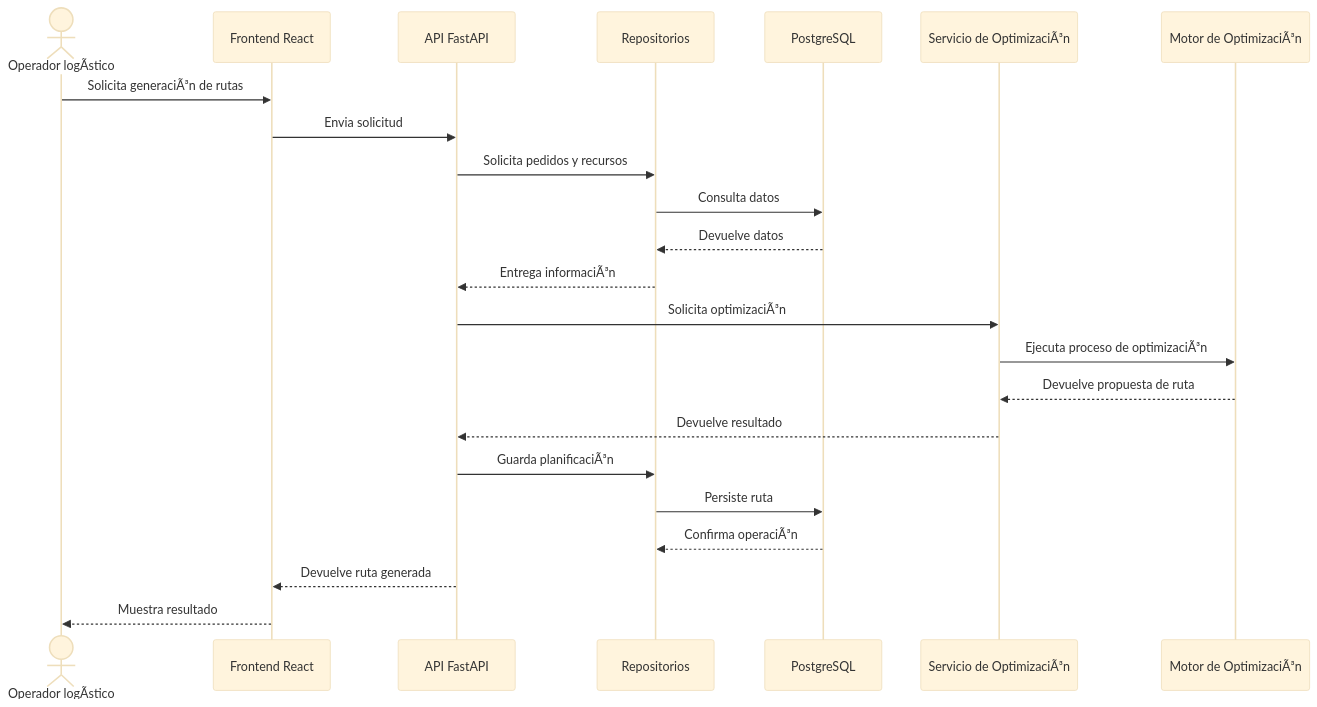
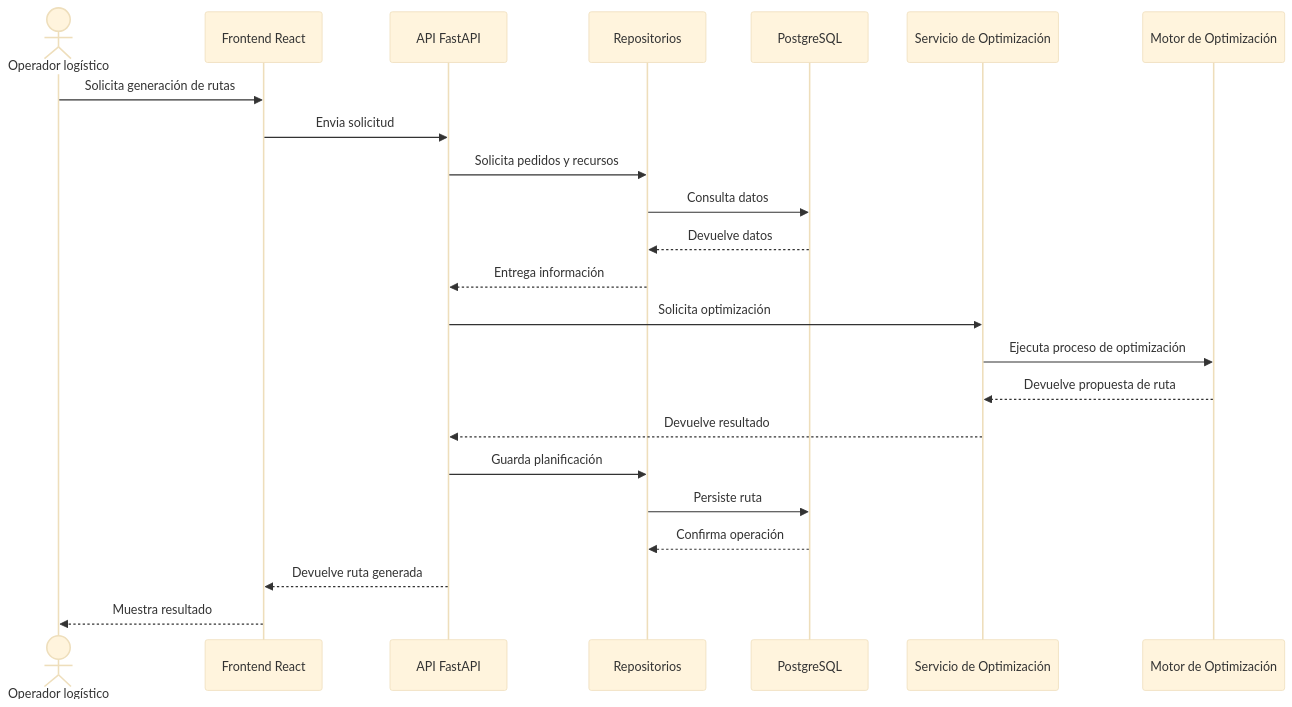
One commit to LeeoGold/EcoLogistics changed the fourth of 5 diagrams in docs/01 Inicio/12. Modelo C4 V_1_1_0.md. Above: the diagram before and after it, drawn with Mermaid (base theme). The commit also changed other lines of this file and 12 other files, not shown here.

````diff
--- a/docs/01 Inicio/12. Modelo C4 V_1_1_0.md
+++ b/docs/01 Inicio/12. Modelo C4 V_1_1_0.md
@@ -320,26 +320,26 @@
 ```mermaid
 sequenceDiagram
-    actor O as Operador logÃ­stico
+    actor O as Operador logístico
     participant W as Frontend React
     participant A as API FastAPI
     participant R as Repositorios
     participant D as PostgreSQL
-    participant S as Servicio de OptimizaciÃ³n
-    participant M as Motor de OptimizaciÃ³n
+    participant S as Servicio de Optimización
+    participant M as Motor de Optimización
 
-    O->>W: Solicita generaciÃ³n de rutas
+    O->>W: Solicita generación de rutas
     W->>A: Envia solicitud
     A->>R: Solicita pedidos y recursos
     R->>D: Consulta datos
     D-->>R: Devuelve datos
-    R-->>A: Entrega informaciÃ³n
-    A->>S: Solicita optimizaciÃ³n
-    S->>M: Ejecuta proceso de optimizaciÃ³n
+    R-->>A: Entrega información
+    A->>S: Solicita optimización
+    S->>M: Ejecuta proceso de optimización
     M-->>S: Devuelve propuesta de ruta
     S-->>A: Devuelve resultado
-    A->>R: Guarda planificaciÃ³n
+    A->>R: Guarda planificación
     R->>D: Persiste ruta
-    D-->>R: Confirma operaciÃ³n
+    D-->>R: Confirma operación
     A-->>W: Devuelve ruta generada
     W-->>O: Muestra resultado
 ```
````
